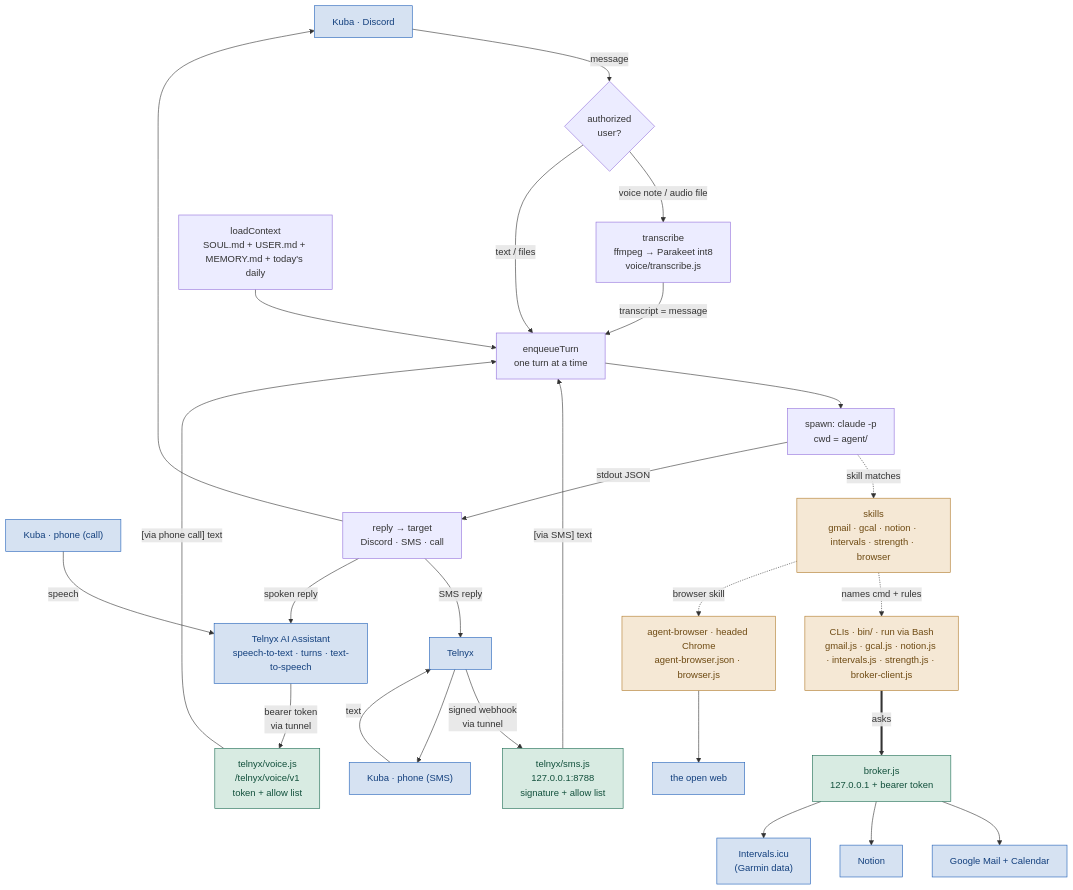
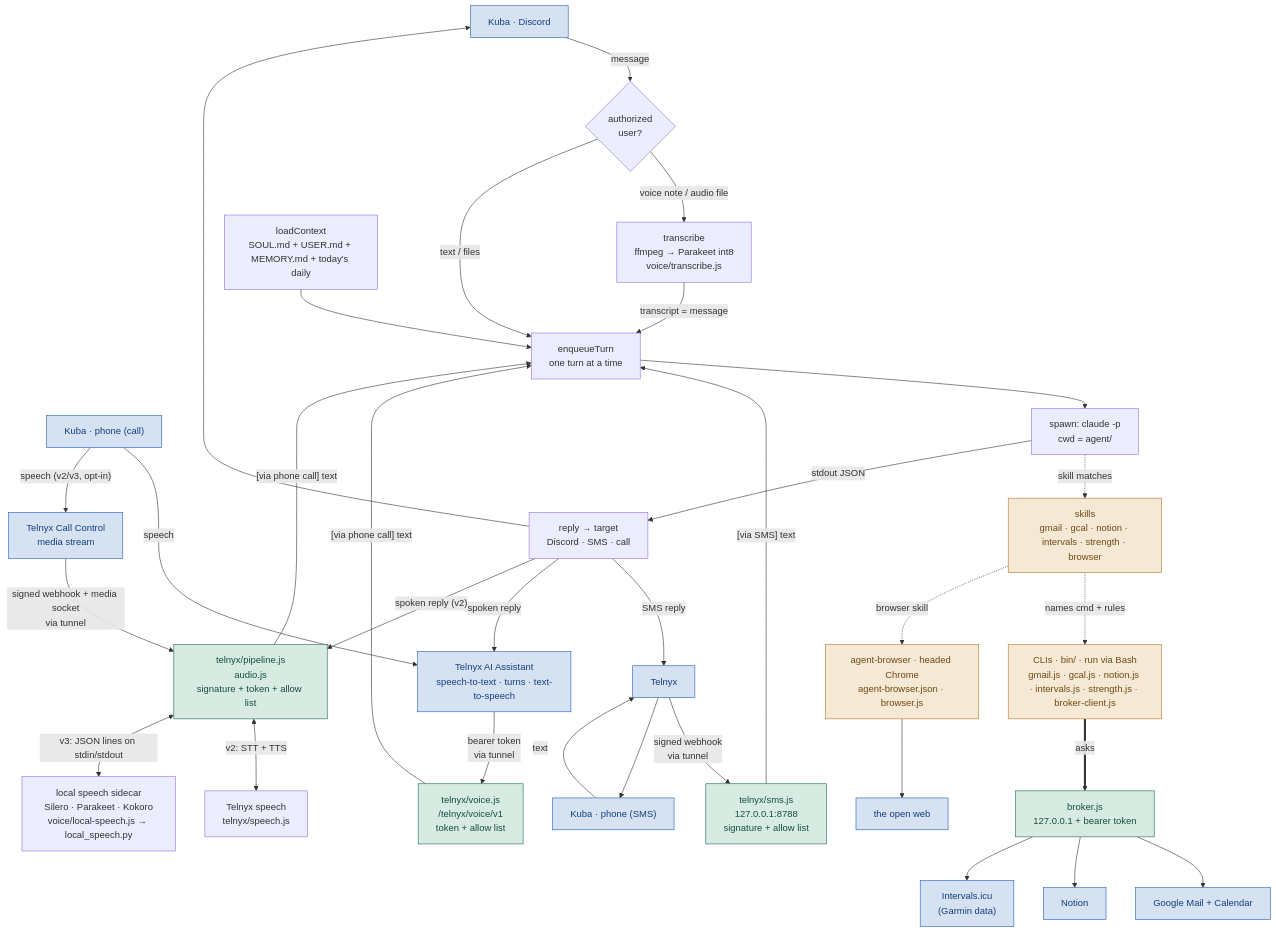
Before and after one commit to KubaJerz/alfred-node: the first of 6 diagrams in SYSTEM-MAP.md, drawn with Mermaid. The commit also changed other lines of this file and 21 other files, not shown here.

First line of the commit message:
feat: add the call pipeline over Call Control with local speech (#104)

````diff
--- a/SYSTEM-MAP.md
+++ b/SYSTEM-MAP.md
@@ -57,34 +57,40 @@
 ```mermaid
 flowchart TD
     U["Kuba · Discord"] -->|message| GATE{"authorized<br/>user?"}
     GATE -->|"voice note / audio file"| TR["transcribe<br/>ffmpeg → Parakeet int8<br/>voice/transcribe.js"]
     TR -->|"transcript = message"| Q
     GATE -->|"text / files"| Q["enqueueTurn<br/>one turn at a time"]
     PH["Kuba · phone (SMS)"] -->|text| TX["Telnyx"]
     TX -->|"signed webhook<br/>via tunnel"| WH["telnyx/sms.js<br/>127.0.0.1:8788<br/>signature + allow list"]
     WH -->|"[via SMS] text"| Q
     CALL["Kuba · phone (call)"] -->|speech| VA["Telnyx AI Assistant<br/>speech-to-text · turns · text-to-speech"]
     VA -->|"bearer token<br/>via tunnel"| VR["telnyx/voice.js<br/>/telnyx/voice/v1<br/>token + allow list"]
     VR -->|"[via phone call] text"| Q
+    CALL -->|"speech (v2/v3, opt-in)"| CC["Telnyx Call Control<br/>media stream"]
+    CC -->|"signed webhook + media socket<br/>via tunnel"| VP["telnyx/pipeline.js<br/>audio.js<br/>signature + token + allow list"]
+    VP -->|"[via phone call] text"| Q
+    VP <-->|"v2: STT + TTS"| TS["Telnyx speech<br/>telnyx/speech.js"]
+    VP <-->|"v3: JSON lines on stdin/stdout"| LS["local speech sidecar<br/>Silero · Parakeet · Kokoro<br/>voice/local-speech.js → local_speech.py"]
     CTX["loadContext<br/>SOUL.md + USER.md + MEMORY.md + today's daily"] --> Q
     Q --> SPAWN["spawn: claude -p<br/>cwd = agent/"]
     SPAWN -.->|"skill matches"| SK["skills<br/>gmail · gcal · notion · intervals · strength · browser"]
     SK -.->|"names cmd + rules"| CLIS["CLIs · bin/ · run via Bash<br/>gmail.js · gcal.js · notion.js · intervals.js · strength.js · broker-client.js"]
     CLIS ==>|"asks"| BR["broker.js<br/>127.0.0.1 + bearer token"]
     BR --> G["Google Mail + Calendar"]
     BR --> N["Notion"]
     BR --> I["Intervals.icu<br/>(Garmin data)"]
     SK -.->|"browser skill"| AB["agent-browser · headed Chrome<br/>agent-browser.json · browser.js"]
     AB --> WEB["the open web"]
     SPAWN -->|"stdout JSON"| R["reply → target<br/>Discord · SMS · call"]
     R --> U
     R -->|"SMS reply"| TX
     R -->|"spoken reply"| VA
+    R -->|"spoken reply (v2)"| VP
     TX --> PH
     classDef external fill:#d6e2f2,stroke:#1f5fb8,color:#123f7d
     classDef gateway fill:#d8ebe2,stroke:#1b6b52,color:#12503c
     classDef stack fill:#f5e8d5,stroke:#b07a2a,color:#6e4a12
-    class U,G,N,I,WEB,PH,TX,CALL,VA external
-    class BR,WH,VR gateway
+    class U,G,N,I,WEB,PH,TX,CALL,VA,CC external
+    class BR,WH,VR,VP gateway
     class SK,CLIS,AB stack
 ```
````
